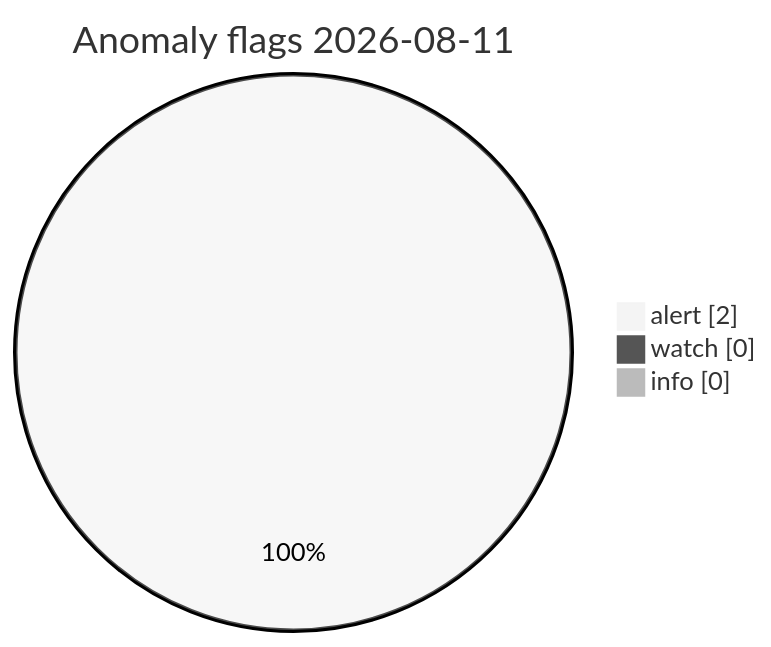
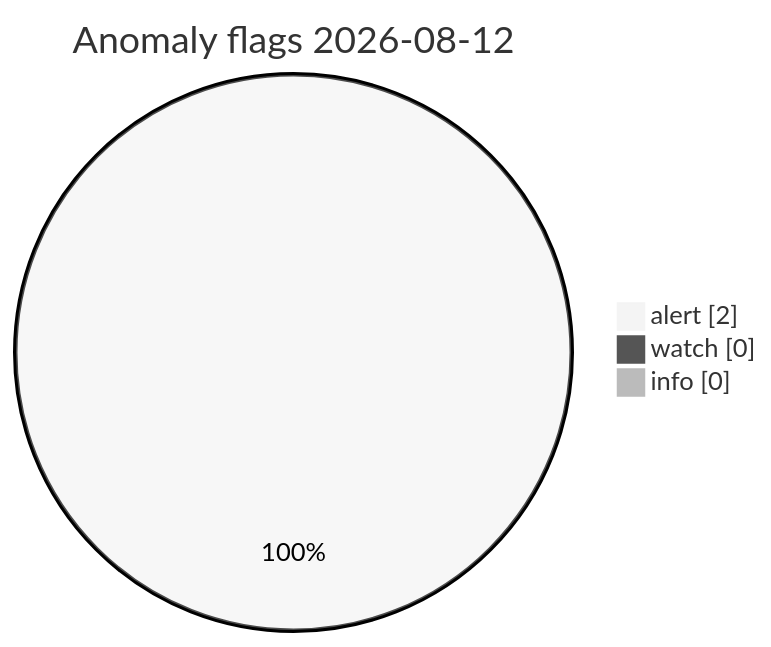
One commit to Midwest-Stratospheric/Unified-Open-Global-Weather changed the diagram in visuals/latest/CHARTS.md. Above: the diagram before and after it, drawn with Mermaid (neutral theme). The commit also changed other lines of this file and 11 other files, not shown here.

Commit message:
data(visuals): automated charts 2026-08-12T09:49Z

````diff
--- a/visuals/latest/CHARTS.md
+++ b/visuals/latest/CHARTS.md
@@ -73,7 +73,7 @@
 ```mermaid
 pie showData
-  title Anomaly flags 2026-08-11
+  title Anomaly flags 2026-08-12
   "alert" : 2
   "watch" : 0
   "info" : 0
 ```
````
